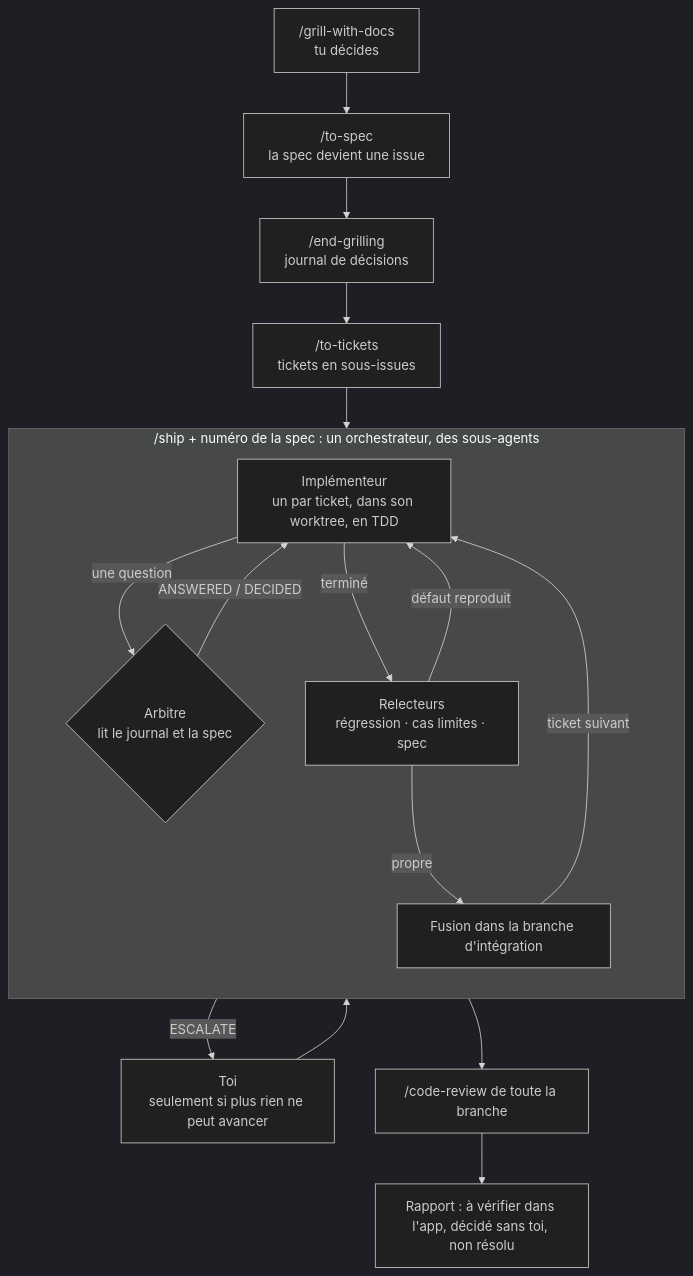
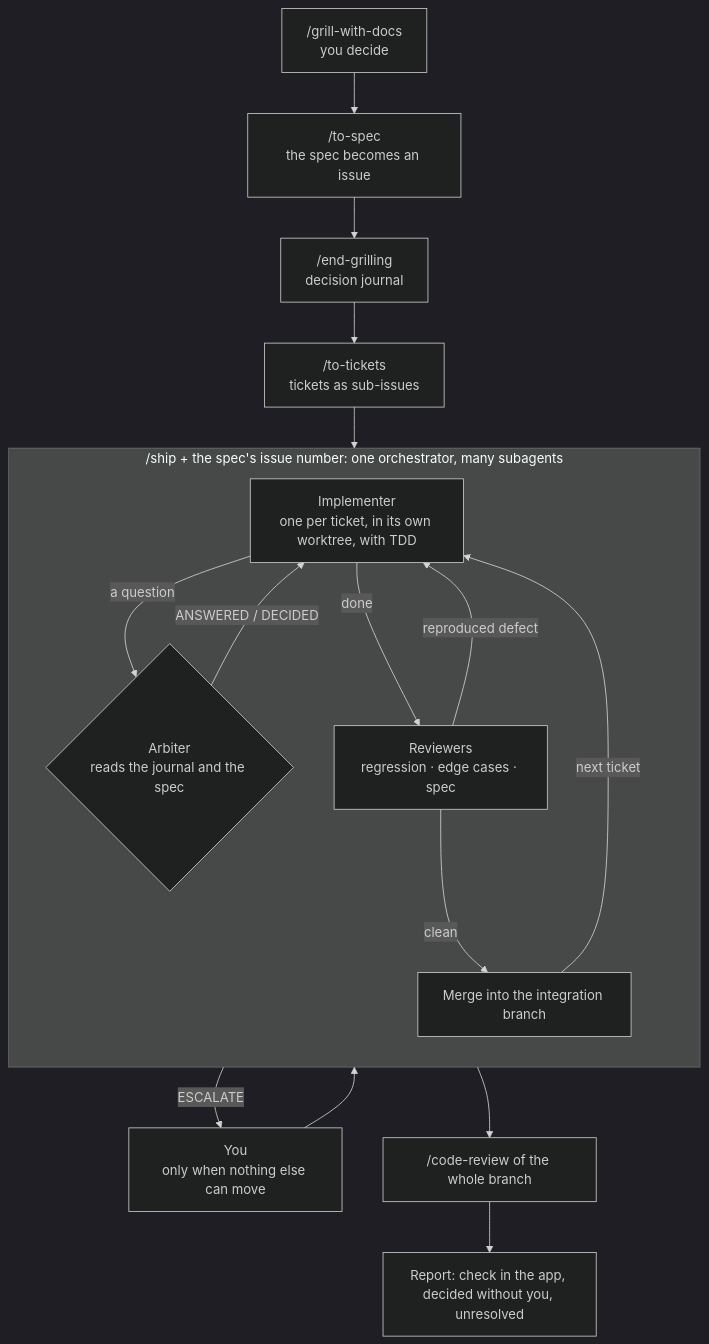
Before and after one commit to Schrubitteflau/skills: the diagram in README.md, drawn with Mermaid (dark theme). The commit also changed other lines of this file, not shown here.

````diff
--- a/README.md
+++ b/README.md
@@ -20,26 +20,26 @@
 ```mermaid
 flowchart TD
-    G["/grill-with-docs<br/>tu décides"] --> S["/to-spec<br/>la spec devient une issue"]
-    S --> E["/end-grilling<br/>journal de décisions"]
-    E --> T["/to-tickets<br/>tickets en sous-issues"]
+    G["/grill-with-docs<br/>you decide"] --> S["/to-spec<br/>the spec becomes an issue"]
+    S --> E["/end-grilling<br/>decision journal"]
+    E --> T["/to-tickets<br/>tickets as sub-issues"]
     T --> SHIP
 
-    subgraph SHIP["/ship + numéro de la spec : un orchestrateur, des sous-agents"]
+    subgraph SHIP["/ship + the spec's issue number: one orchestrator, many subagents"]
         direction TB
-        I["Implémenteur<br/>un par ticket, dans son worktree, en TDD"]
-        A{"Arbitre<br/>lit le journal et la spec"}
-        R["Relecteurs<br/>régression · cas limites · spec"]
-        M["Fusion dans la branche d'intégration"]
-        I -- "une question" --> A
+        I["Implementer<br/>one per ticket, in its own worktree, with TDD"]
+        A{"Arbiter<br/>reads the journal and the spec"}
+        R["Reviewers<br/>regression · edge cases · spec"]
+        M["Merge into the integration branch"]
+        I -- "a question" --> A
         A -- "ANSWERED / DECIDED" --> I
-        I -- "terminé" --> R
-        R -- "défaut reproduit" --> I
-        R -- "propre" --> M
-        M -- "ticket suivant" --> I
+        I -- "done" --> R
+        R -- "reproduced defect" --> I
+        R -- "clean" --> M
+        M -- "next ticket" --> I
     end
 
-    A -- "ESCALATE" --> H["Toi<br/>seulement si plus rien ne peut avancer"]
+    A -- "ESCALATE" --> H["You<br/>only when nothing else can move"]
     H --> A
-    SHIP --> RV["/code-review de toute la branche"]
-    RV --> RP["Rapport : à vérifier dans l'app, décidé sans toi, non résolu"]
+    SHIP --> RV["/code-review of the whole branch"]
+    RV --> RP["Report: check in the app, decided without you, unresolved"]
 ```
````
